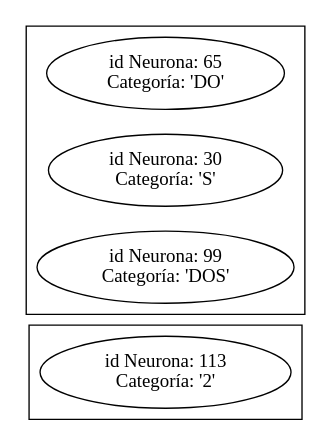
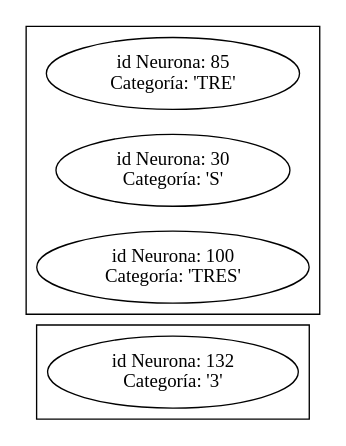
The diagram in Obj/net_sight.dot (JohansSosa89/Brain-Cemisid-v1.5), drawn with Graphviz before and after one commit. The commit also changed 40 other files, not shown here.

```diff
--- a/Obj/net_sight.dot
+++ b/Obj/net_sight.dot
@@ -1,113 +1,113 @@
 graph net_neuron{
 rankdir=LR;
 subgraph cluster_0{ }
 subgraph cluster_1{ }
-subgraph cluster_2{ "item113" [label=  "id Neurona: 113\nCategor&iacute;a: '2'"];
+subgraph cluster_2{ }
+subgraph cluster_3{ "item132" [label=  "id Neurona: 132\nCategor&iacute;a: '3'"];
 }
-subgraph cluster_3{ }
 subgraph cluster_4{ }
 subgraph cluster_5{ }
 subgraph cluster_6{ }
 subgraph cluster_7{ }
 subgraph cluster_8{ }
 subgraph cluster_9{ }
 subgraph cluster_10{ }
 subgraph cluster_11{ }
 subgraph cluster_12{ }
 subgraph cluster_13{ }
 subgraph cluster_14{ }
 subgraph cluster_15{ }
 subgraph cluster_16{ }
 subgraph cluster_17{ }
 subgraph cluster_18{ }
 subgraph cluster_19{ }
 subgraph cluster_20{ }
 subgraph cluster_21{ }
 subgraph cluster_22{ }
 subgraph cluster_23{ }
 subgraph cluster_24{ }
 subgraph cluster_25{ }
 subgraph cluster_26{ }
 subgraph cluster_27{ }
 subgraph cluster_28{ }
 subgraph cluster_29{ }
 subgraph cluster_30{ }
 subgraph cluster_31{ }
 subgraph cluster_32{ }
 subgraph cluster_33{ }
 subgraph cluster_34{ }
 subgraph cluster_35{ }
 subgraph cluster_36{ }
 subgraph cluster_37{ }
 subgraph cluster_38{ }
 subgraph cluster_39{ }
 subgraph cluster_40{ }
 subgraph cluster_41{ }
 subgraph cluster_42{ }
 subgraph cluster_43{ }
 subgraph cluster_44{ }
 subgraph cluster_45{ }
 subgraph cluster_46{ }
 subgraph cluster_47{ }
 subgraph cluster_48{ }
 subgraph cluster_49{ }
 subgraph cluster_50{ }
 subgraph cluster_51{ }
 subgraph cluster_52{ }
 subgraph cluster_53{ }
 subgraph cluster_54{ }
 subgraph cluster_55{ }
 subgraph cluster_56{ }
 subgraph cluster_57{ }
 subgraph cluster_58{ }
 subgraph cluster_59{ }
 subgraph cluster_60{ }
 subgraph cluster_61{ }
 subgraph cluster_62{ }
 subgraph cluster_63{ }
 subgraph cluster_64{ }
 subgraph cluster_65{ }
 subgraph cluster_66{ }
 subgraph cluster_67{ }
 subgraph cluster_68{ }
 subgraph cluster_69{ }
 subgraph cluster_70{ }
 subgraph cluster_71{ }
 subgraph cluster_72{ }
 subgraph cluster_73{ }
 subgraph cluster_74{ }
 subgraph cluster_75{ }
 subgraph cluster_76{ }
 subgraph cluster_77{ }
 subgraph cluster_78{ }
 subgraph cluster_79{ }
 subgraph cluster_80{ }
 subgraph cluster_81{ }
 subgraph cluster_82{ }
 subgraph cluster_83{ }
-subgraph cluster_84{ "item84DO" [label=  "id Neurona: 65\nCategor&iacute;a: 'DO'"];
-"item84S" [label=  "id Neurona: 30\nCategor&iacute;a: 'S'"];
-"item99" [label=  "id Neurona: 99\nCategor&iacute;a: 'DOS'"];
+subgraph cluster_84{ }
+subgraph cluster_85{ }
+subgraph cluster_86{ "item86TRE" [label=  "id Neurona: 85\nCategor&iacute;a: 'TRE'"];
+"item86S" [label=  "id Neurona: 30\nCategor&iacute;a: 'S'"];
+"item100" [label=  "id Neurona: 100\nCategor&iacute;a: 'TRES'"];
 }
-subgraph cluster_85{ }
-subgraph cluster_86{ }
 subgraph cluster_87{ }
 subgraph cluster_88{ }
 subgraph cluster_89{ }
 subgraph cluster_90{ }
 subgraph cluster_91{ }
 subgraph cluster_92{ }
 subgraph cluster_93{ }
 subgraph cluster_94{ }
 subgraph cluster_95{ }
 subgraph cluster_96{ }
 subgraph cluster_97{ }
 subgraph cluster_98{ }
 subgraph cluster_99{ }
 subgraph cluster_100{ }
 subgraph cluster_101{ }
 subgraph cluster_102{ }
 subgraph cluster_103{ }
 subgraph cluster_104{ }
 
 }
```
